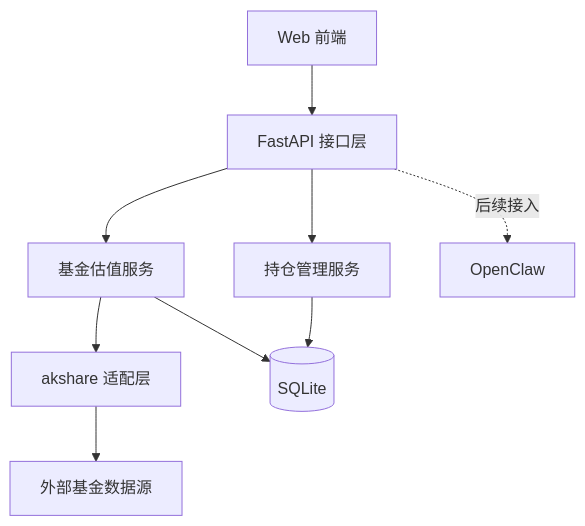
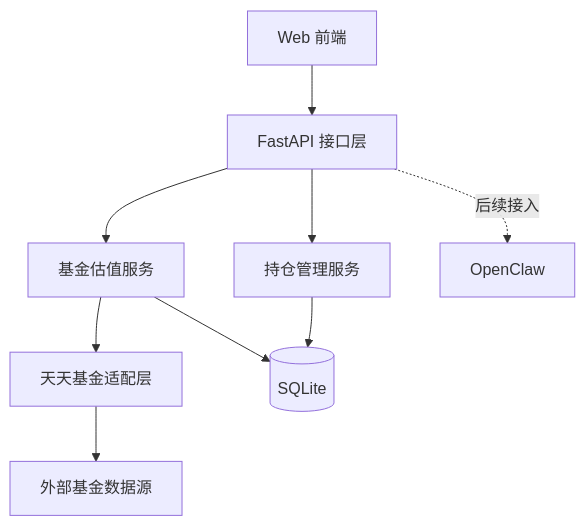
One commit to CC2m2/jijin changed the first of 2 diagrams in doc/tech/基金净值估算技术方案.md. Above: the diagram before and after it, drawn with Mermaid. The commit also changed other lines of this file and 8 other files, not shown here.

````diff
--- a/doc/tech/基金净值估算技术方案.md
+++ b/doc/tech/基金净值估算技术方案.md
@@ -140,11 +140,11 @@
 ```mermaid
 flowchart TD
     A[Web 前端] --> B[FastAPI 接口层]
     B --> C[持仓管理服务]
     B --> D[基金估值服务]
-    D --> E[akshare 适配层]
+    D --> E[天天基金适配层]
     C --> F[(SQLite)]
     D --> F
     E --> G[外部基金数据源]
     B -. 后续接入 .-> H[OpenClaw]
 ```
````
